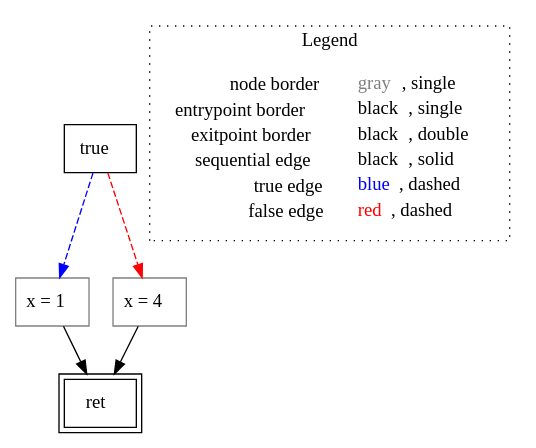
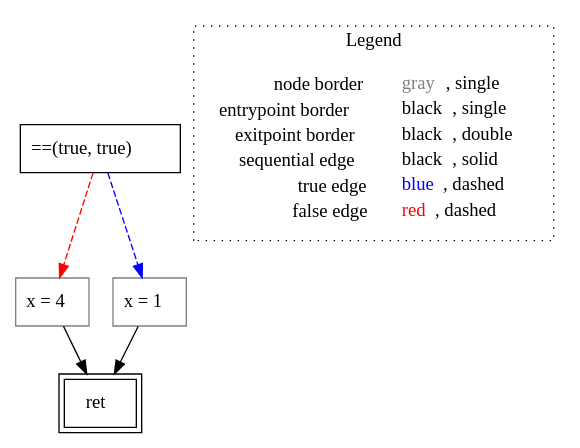
The diagram in rust-lisa/rust-testcases/cfg/if-else/untyped_rust-testcases_cfg_if-else_if-else.rs.main().dot (VincenzoArceri/rust-lisa), drawn with Graphviz before and after one commit. The commit also changed 5 other files, not shown here.

```diff
--- a/rust-lisa/rust-testcases/cfg/if-else/untyped_rust-testcases_cfg_if-else_if-else.rs.main().dot
+++ b/rust-lisa/rust-testcases/cfg/if-else/untyped_rust-testcases_cfg_if-else_if-else.rs.main().dot
@@ -1,17 +1,17 @@
 digraph {
-	"node0" [shape="rect",color="black",label=<true>];
-	"node1" [shape="rect",color="gray",label=<x = 1>];
+	"node0" [shape="rect",color="black",label=<==(true, true)>];
+	"node1" [shape="rect",color="gray",label=<x = 4>];
 	"node2" [shape="rect",color="black",peripheries="2",label=<ret>];
-	"node3" [shape="rect",color="gray",label=<x = 4>];
-	"node0" -> "node1" [color="blue",style="dashed"];
-	"node0" -> "node3" [color="red",style="dashed"];
+	"node3" [shape="rect",color="gray",label=<x = 1>];
 	"node1" -> "node2" [color="black"];
 	"node3" -> "node2" [color="black"];
+	"node0" -> "node1" [color="red",style="dashed"];
+	"node0" -> "node3" [color="blue",style="dashed"];
 subgraph cluster_legend {
 	label="Legend";
 	style=dotted;
 	node [shape=plaintext];
 	"legend" [label=<<table border="0" cellpadding="2" cellspacing="0" cellborder="0"><tr><td align="right">node border&nbsp;</td><td align="left"><font color="gray">gray</font>, single</td></tr><tr><td align="right">entrypoint border&nbsp;</td><td align="left"><font color="black">black</font>, single</td></tr><tr><td align="right">exitpoint border&nbsp;</td><td align="left"><font color="black">black</font>, double</td></tr><tr><td align="right">sequential edge&nbsp;</td><td align="left"><font color="black">black</font>, solid</td></tr><tr><td align="right">true edge&nbsp;</td><td align="left"><font color="blue">blue</font>, dashed</td></tr><tr><td align="right">false edge&nbsp;</td><td align="left"><font color="red">red</font>, dashed</td></tr></table>>];
 }
 
 }
```
